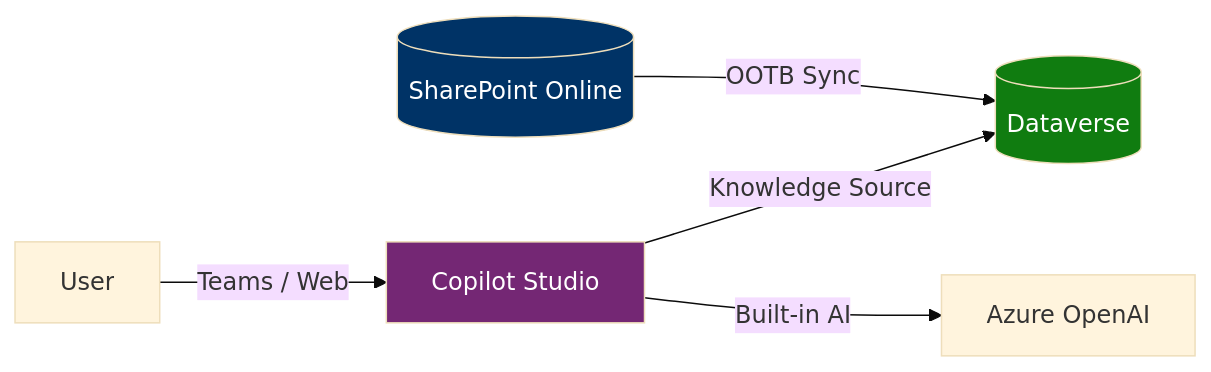
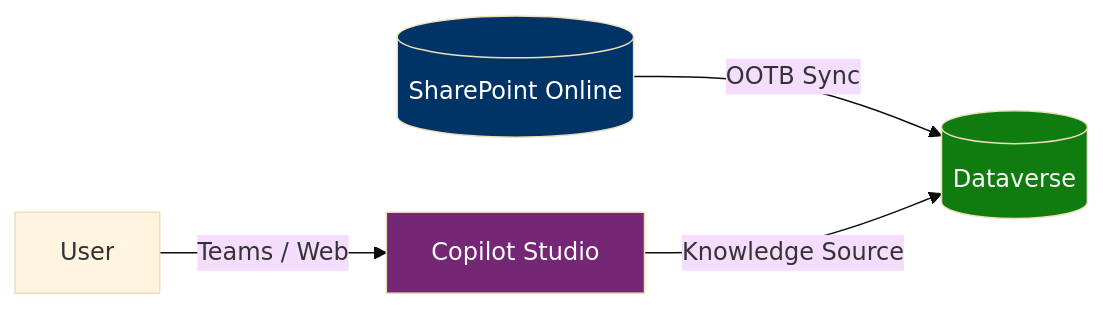
The third of 12 diagrams in COMPARISON.md (ostefka/AgentsAdvancedSearch), drawn with Mermaid (base theme) before and after one commit. The commit also changed other lines of this file, not shown here.

Commit message:
Fix arch diagrams: remove unnecessary Azure OpenAI from #2/#3/#4, fix #5 to OpenAPI plugin, add Foundry IQ SPO ingest to #7

````diff
--- a/COMPARISON.md
+++ b/COMPARISON.md
@@ -57,10 +56,9 @@
 ```mermaid
 flowchart LR
     U[User] -->|Teams / Web| CS[Copilot Studio]
     SPO[(SharePoint Online)] -->|OOTB Sync| DV[(Dataverse)]
     CS -->|Knowledge Source| DV
-    CS -->|Built-in AI| LLM[Azure OpenAI]
     style CS fill:#742774,color:#fff
     style SPO fill:#036,color:#fff
     style DV fill:#107c10,color:#fff
 ```
````
